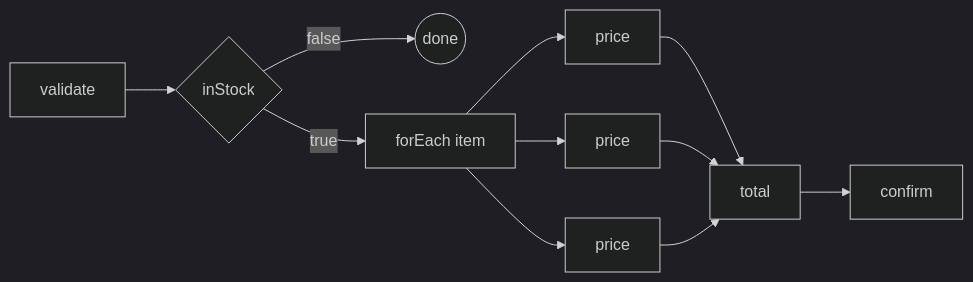
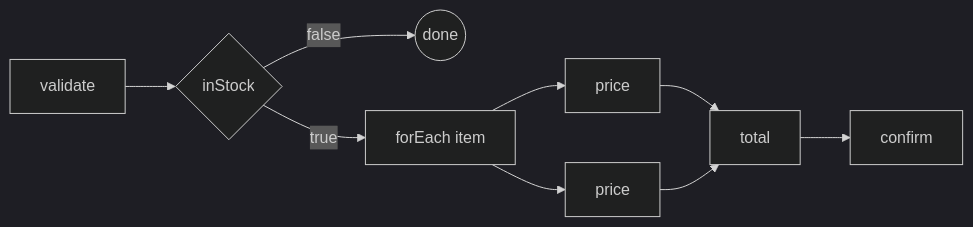
Before and after one commit to hadielmougy/wiggle-site: the diagram in content/tutorial/index.md, drawn with Mermaid (dark theme). The commit also changed other lines of this file and 11 other files, not shown here.

````diff
--- a/content/tutorial/index.md
+++ b/content/tutorial/index.md
@@ -15,13 +22,11 @@
 ```mermaid
 flowchart LR
     A[validate] --> B{inStock}
     B -- false --> X((done))
     B -- true --> C[forEach item]
     C --> P1[price]
     C --> P2[price]
-    C --> P3[price]
     P1 --> T[total]
     P2 --> T
-    P3 --> T
     T --> D[confirm]
 ```
````
